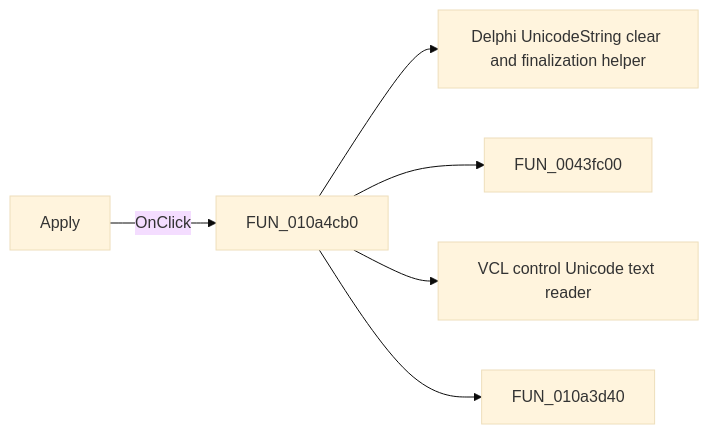
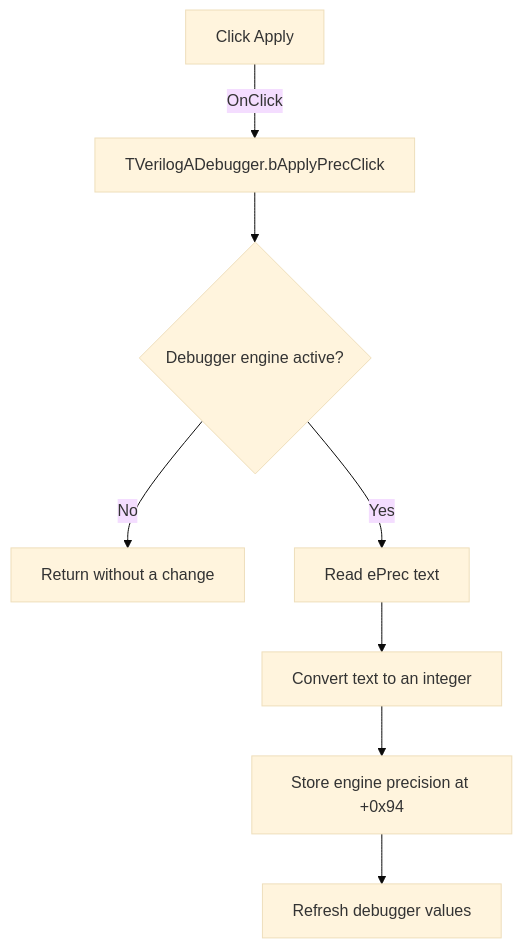
Before and after one commit to MovGP0/TIARA: the diagram in docs/ui-controls/verilogadebugger/bapplyprec-85c900190c.md, drawn with Mermaid (base theme). The commit also changed other lines of this file and 1062 other files, not shown here.

````diff
--- a/docs/ui-controls/verilogadebugger/bapplyprec-85c900190c.md
+++ b/docs/ui-controls/verilogadebugger/bapplyprec-85c900190c.md
@@ -27,8 +29,10 @@
 ```mermaid
-flowchart LR
-    control["Apply"] -->|OnClick| handler["FUN_010a4cb0"]
-    handler --> call1["Delphi UnicodeString clear and finalization helper"]
-    handler --> call2["FUN_0043fc00"]
-    handler --> call3["VCL control Unicode text reader"]
-    handler --> call4["FUN_010a3d40"]
+flowchart TD
+    control["Click Apply"] -->|"OnClick"| handler["TVerilogADebugger.bApplyPrecClick"]
+    handler --> active{"Debugger engine active?"}
+    active -->|"No"| unchanged["Return without a change"]
+    active -->|"Yes"| read["Read ePrec text"]
+    read --> convert["Convert text to an integer"]
+    convert --> store["Store engine precision at +0x94"]
+    store --> refresh["Refresh debugger values"]
 ```
````
